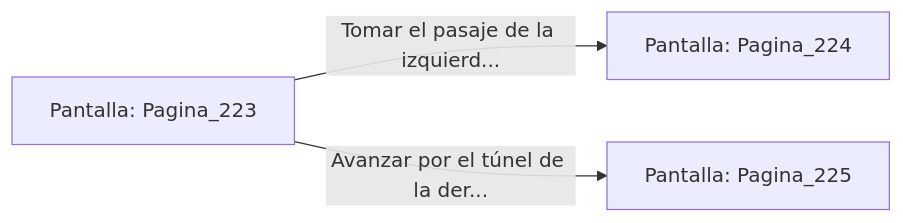
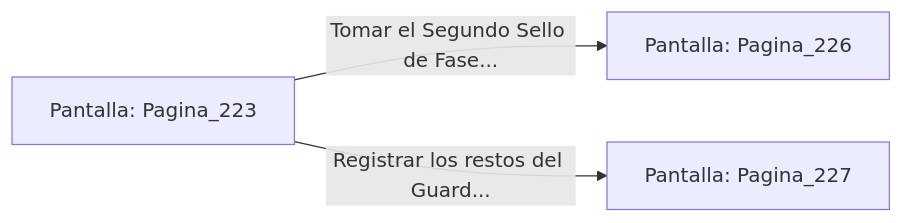
The diagram in sample/eligejuego-vault/Pantalla_Pagina_223.md (metsuke/mpl), drawn with Mermaid before and after one commit. The commit also changed other lines of this file and 635 other files, not shown here.

First line of the commit message:
fix: añadir Pagina_1 como pantalla inicial en capitulo_01.mpl

````diff
--- a/sample/eligejuego-vault/Pantalla_Pagina_223.md
+++ b/sample/eligejuego-vault/Pantalla_Pagina_223.md
@@ -20,6 +24,6 @@
 ```mermaid
 graph LR
     P_Pagina_223["Pantalla: Pagina_223"]
-    P_Pagina_223 -->|"Tomar el pasaje de la izquierd..."| P_Pagina_224["Pantalla: Pagina_224"]
-    P_Pagina_223 -->|"Avanzar por el túnel de la der..."| P_Pagina_225["Pantalla: Pagina_225"]
+    P_Pagina_223 -->|"Tomar el Segundo Sello de Fase..."| P_Pagina_226["Pantalla: Pagina_226"]
+    P_Pagina_223 -->|"Registrar los restos del Guard..."| P_Pagina_227["Pantalla: Pagina_227"]
 ```
````
